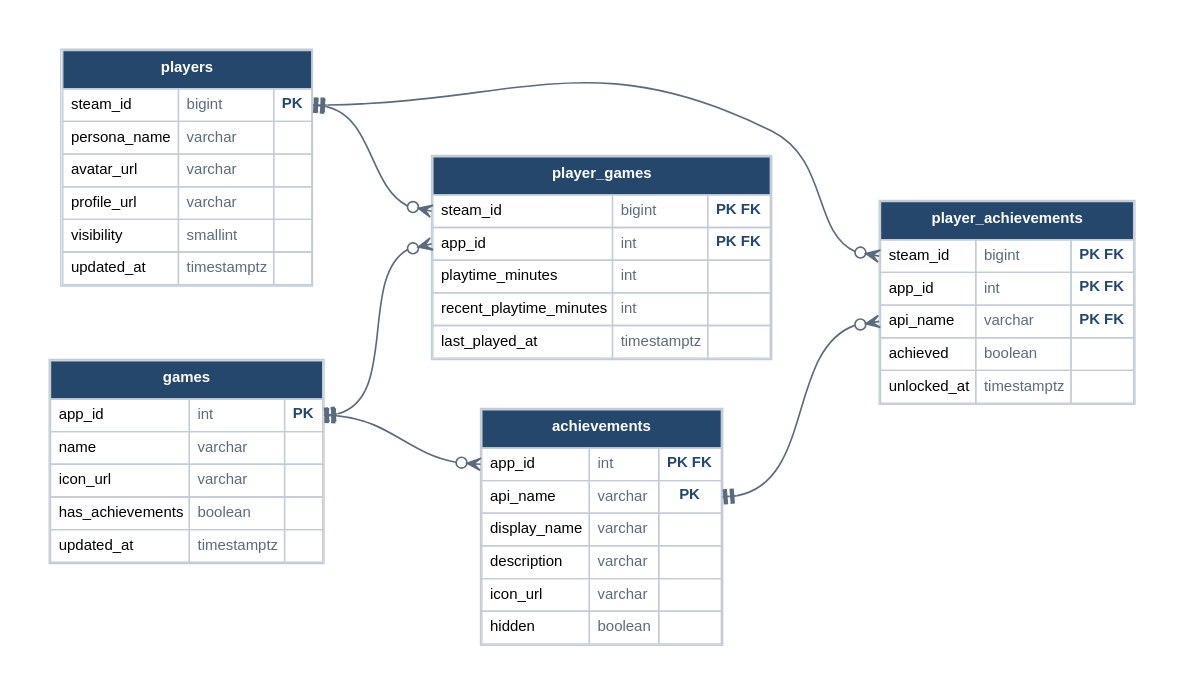
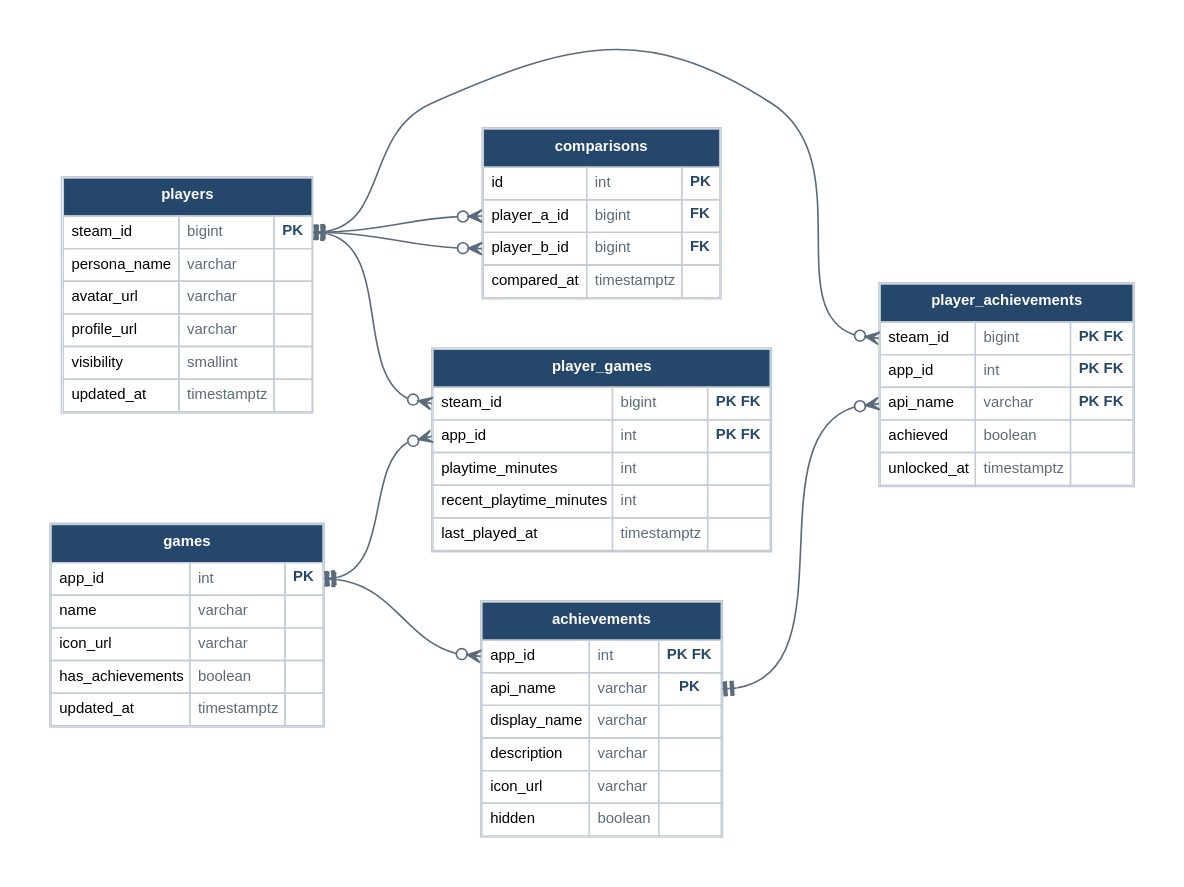
The diagram in docs/database.dot (JacobR-CSUF/cpsc-491-steamapp), drawn with Graphviz before and after one commit. The commit also changed 8 other files, not shown here.

```diff
--- a/docs/database.dot
+++ b/docs/database.dot
@@ -1,68 +1,80 @@
 digraph database {
     graph [rankdir=LR, bgcolor="white", pad="0.4", nodesep="0.5", ranksep="1.1", splines=spline];
     node [shape=plain, fontname="Helvetica,Arial,sans-serif", fontsize="11"];
     edge [dir=both, arrowtail=teetee, arrowhead=crowodot, color="#5b6b7c", penwidth="1.2"];
 
     players [label=<
         <table border="1" cellborder="1" cellspacing="0" cellpadding="5" color="#c3ccd6">
             <tr><td colspan="3" bgcolor="#24476b" cellpadding="7"><font color="#ffffff"><b>players</b></font></td></tr>
             <tr><td port="steam_id_l" align="left">steam_id</td><td align="left"><font color="#5b6b7c">bigint</font></td><td port="steam_id_r" align="center"><font color="#24476b"><b>PK</b></font></td></tr>
             <tr><td port="persona_name_l" align="left">persona_name</td><td align="left"><font color="#5b6b7c">varchar</font></td><td port="persona_name_r" align="center"></td></tr>
             <tr><td port="avatar_url_l" align="left">avatar_url</td><td align="left"><font color="#5b6b7c">varchar</font></td><td port="avatar_url_r" align="center"></td></tr>
             <tr><td port="profile_url_l" align="left">profile_url</td><td align="left"><font color="#5b6b7c">varchar</font></td><td port="profile_url_r" align="center"></td></tr>
             <tr><td port="visibility_l" align="left">visibility</td><td align="left"><font color="#5b6b7c">smallint</font></td><td port="visibility_r" align="center"></td></tr>
             <tr><td port="updated_at_l" align="left">updated_at</td><td align="left"><font color="#5b6b7c">timestamptz</font></td><td port="updated_at_r" align="center"></td></tr>
         </table>
     >];
 
     games [label=<
         <table border="1" cellborder="1" cellspacing="0" cellpadding="5" color="#c3ccd6">
             <tr><td colspan="3" bgcolor="#24476b" cellpadding="7"><font color="#ffffff"><b>games</b></font></td></tr>
             <tr><td port="app_id_l" align="left">app_id</td><td align="left"><font color="#5b6b7c">int</font></td><td port="app_id_r" align="center"><font color="#24476b"><b>PK</b></font></td></tr>
             <tr><td port="name_l" align="left">name</td><td align="left"><font color="#5b6b7c">varchar</font></td><td port="name_r" align="center"></td></tr>
             <tr><td port="icon_url_l" align="left">icon_url</td><td align="left"><font color="#5b6b7c">varchar</font></td><td port="icon_url_r" align="center"></td></tr>
             <tr><td port="has_achievements_l" align="left">has_achievements</td><td align="left"><font color="#5b6b7c">boolean</font></td><td port="has_achievements_r" align="center"></td></tr>
             <tr><td port="updated_at_l" align="left">updated_at</td><td align="left"><font color="#5b6b7c">timestamptz</font></td><td port="updated_at_r" align="center"></td></tr>
         </table>
     >];
 
     player_games [label=<
         <table border="1" cellborder="1" cellspacing="0" cellpadding="5" color="#c3ccd6">
             <tr><td colspan="3" bgcolor="#24476b" cellpadding="7"><font color="#ffffff"><b>player_games</b></font></td></tr>
             <tr><td port="steam_id_l" align="left">steam_id</td><td align="left"><font color="#5b6b7c">bigint</font></td><td port="steam_id_r" align="center"><font color="#24476b"><b>PK FK</b></font></td></tr>
             <tr><td port="app_id_l" align="left">app_id</td><td align="left"><font color="#5b6b7c">int</font></td><td port="app_id_r" align="center"><font color="#24476b"><b>PK FK</b></font></td></tr>
             <tr><td port="playtime_minutes_l" align="left">playtime_minutes</td><td align="left"><font color="#5b6b7c">int</font></td><td port="playtime_minutes_r" align="center"></td></tr>
             <tr><td port="recent_playtime_minutes_l" align="left">recent_playtime_minutes</td><td align="left"><font color="#5b6b7c">int</font></td><td port="recent_playtime_minutes_r" align="center"></td></tr>
             <tr><td port="last_played_at_l" align="left">last_played_at</td><td align="left"><font color="#5b6b7c">timestamptz</font></td><td port="last_played_at_r" align="center"></td></tr>
         </table>
     >];
 
     achievements [label=<
         <table border="1" cellborder="1" cellspacing="0" cellpadding="5" color="#c3ccd6">
             <tr><td colspan="3" bgcolor="#24476b" cellpadding="7"><font color="#ffffff"><b>achievements</b></font></td></tr>
             <tr><td port="app_id_l" align="left">app_id</td><td align="left"><font color="#5b6b7c">int</font></td><td port="app_id_r" align="center"><font color="#24476b"><b>PK FK</b></font></td></tr>
             <tr><td port="api_name_l" align="left">api_name</td><td align="left"><font color="#5b6b7c">varchar</font></td><td port="api_name_r" align="center"><font color="#24476b"><b>PK</b></font></td></tr>
             <tr><td port="display_name_l" align="left">display_name</td><td align="left"><font color="#5b6b7c">varchar</font></td><td port="display_name_r" align="center"></td></tr>
             <tr><td port="description_l" align="left">description</td><td align="left"><font color="#5b6b7c">varchar</font></td><td port="description_r" align="center"></td></tr>
             <tr><td port="icon_url_l" align="left">icon_url</td><td align="left"><font color="#5b6b7c">varchar</font></td><td port="icon_url_r" align="center"></td></tr>
             <tr><td port="hidden_l" align="left">hidden</td><td align="left"><font color="#5b6b7c">boolean</font></td><td port="hidden_r" align="center"></td></tr>
         </table>
     >];
 
     player_achievements [label=<
         <table border="1" cellborder="1" cellspacing="0" cellpadding="5" color="#c3ccd6">
             <tr><td colspan="3" bgcolor="#24476b" cellpadding="7"><font color="#ffffff"><b>player_achievements</b></font></td></tr>
             <tr><td port="steam_id_l" align="left">steam_id</td><td align="left"><font color="#5b6b7c">bigint</font></td><td port="steam_id_r" align="center"><font color="#24476b"><b>PK FK</b></font></td></tr>
             <tr><td port="app_id_l" align="left">app_id</td><td align="left"><font color="#5b6b7c">int</font></td><td port="app_id_r" align="center"><font color="#24476b"><b>PK FK</b></font></td></tr>
             <tr><td port="api_name_l" align="left">api_name</td><td align="left"><font color="#5b6b7c">varchar</font></td><td port="api_name_r" align="center"><font color="#24476b"><b>PK FK</b></font></td></tr>
             <tr><td port="achieved_l" align="left">achieved</td><td align="left"><font color="#5b6b7c">boolean</font></td><td port="achieved_r" align="center"></td></tr>
             <tr><td port="unlocked_at_l" align="left">unlocked_at</td><td align="left"><font color="#5b6b7c">timestamptz</font></td><td port="unlocked_at_r" align="center"></td></tr>
         </table>
     >];
 
+    comparisons [label=<
+        <table border="1" cellborder="1" cellspacing="0" cellpadding="5" color="#c3ccd6">
+            <tr><td colspan="3" bgcolor="#24476b" cellpadding="7"><font color="#ffffff"><b>comparisons</b></font></td></tr>
+            <tr><td align="left">id</td><td align="left"><font color="#5b6b7c">int</font></td><td align="center"><font color="#24476b"><b>PK</b></font></td></tr>
+            <tr><td port="player_a_id_l" align="left">player_a_id</td><td align="left"><font color="#5b6b7c">bigint</font></td><td align="center"><font color="#24476b"><b>FK</b></font></td></tr>
+            <tr><td port="player_b_id_l" align="left">player_b_id</td><td align="left"><font color="#5b6b7c">bigint</font></td><td align="center"><font color="#24476b"><b>FK</b></font></td></tr>
+            <tr><td align="left">compared_at</td><td align="left"><font color="#5b6b7c">timestamptz</font></td><td align="center"></td></tr>
+        </table>
+    >];
+
+    players:steam_id_r:e -> comparisons:player_a_id_l:w;
+    players:steam_id_r:e -> comparisons:player_b_id_l:w;
     players:steam_id_r:e -> player_games:steam_id_l:w;
     games:app_id_r:e -> player_games:app_id_l:w;
     games:app_id_r:e -> achievements:app_id_l:w;
     players:steam_id_r:e -> player_achievements:steam_id_l:w;
     achievements:api_name_r:e -> player_achievements:api_name_l:w;
 }
```
